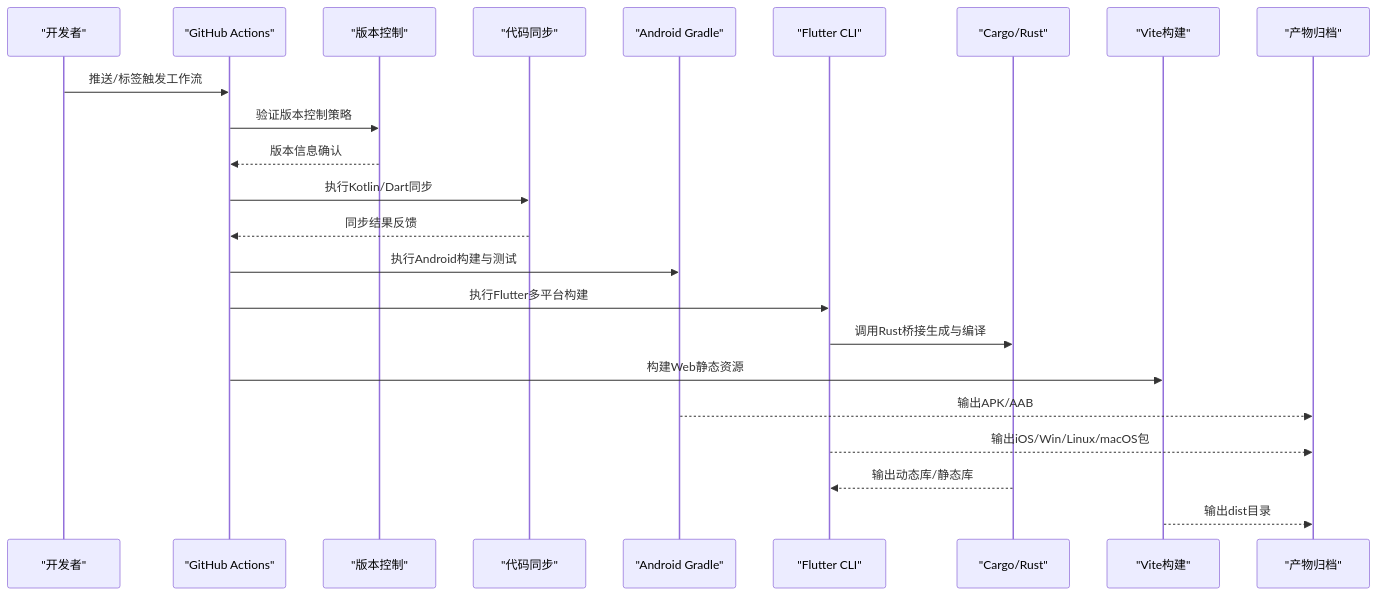
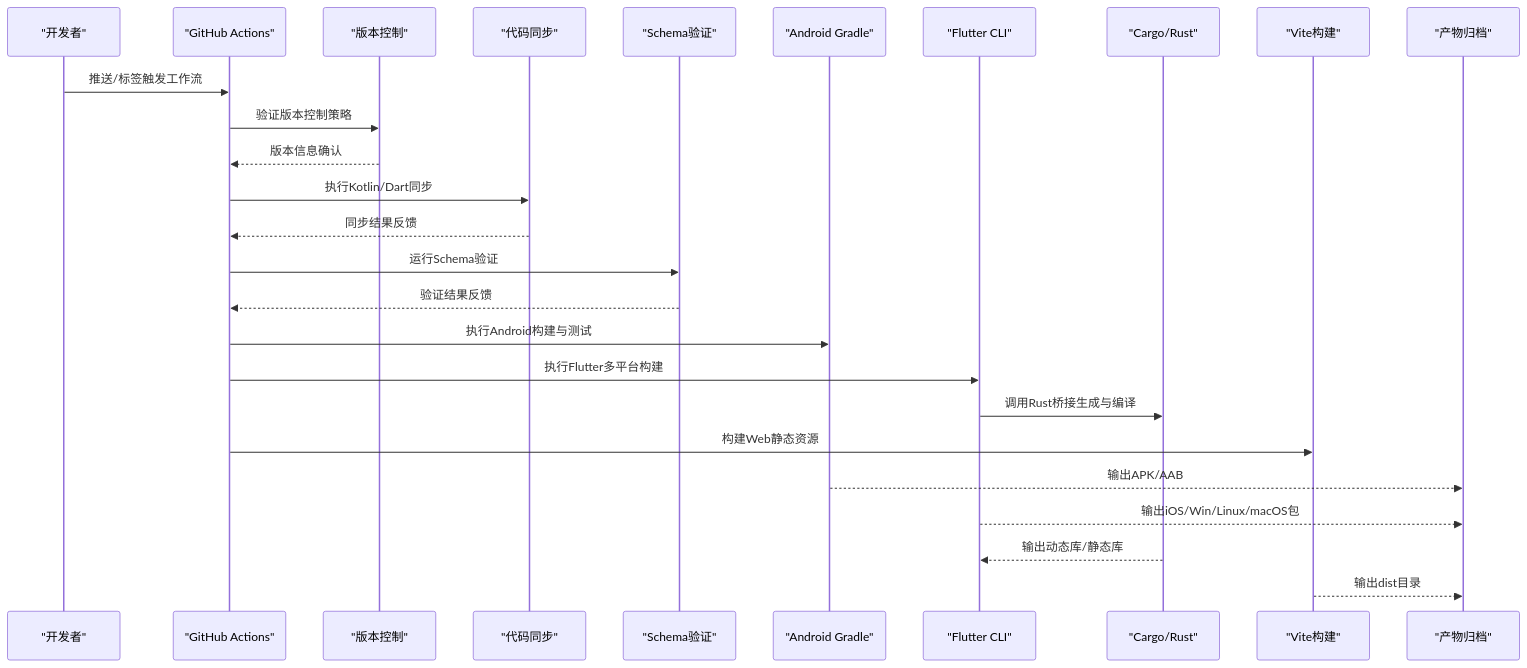
One commit to ZhangGHGitHub/LegadoTeamFlutter changed the second of 10 diagrams in .qoder/repowiki/zh/content/构建和部署/构建和部署.md. Above: the diagram before and after it, drawn with Mermaid. The commit also changed other lines of this file and 58 other files, not shown here.

````diff
--- a/.qoder/repowiki/zh/content/构建和部署/构建和部署.md
+++ b/.qoder/repowiki/zh/content/构建和部署/构建和部署.md
@@ -150,25 +167,28 @@
 ```mermaid
 sequenceDiagram
 participant Dev as "开发者"
 participant GH as "GitHub Actions"
 participant VC as "版本控制"
 participant SYNC as "代码同步"
+participant SCHEMA as "Schema验证"
 participant AG as "Android Gradle"
 participant FL as "Flutter CLI"
 participant RS as "Cargo/Rust"
 participant WB as "Vite构建"
 participant OUT as "产物归档"
 Dev->>GH : 推送/标签触发工作流
 GH->>VC : 验证版本控制策略
 VC-->>GH : 版本信息确认
 GH->>SYNC : 执行Kotlin/Dart同步
 SYNC-->>GH : 同步结果反馈
+GH->>SCHEMA : 运行Schema验证
+SCHEMA-->>GH : 验证结果反馈
 GH->>AG : 执行Android构建与测试
 GH->>FL : 执行Flutter多平台构建
 FL->>RS : 调用Rust桥接生成与编译
 GH->>WB : 构建Web静态资源
 AG-->>OUT : 输出APK/AAB
 FL-->>OUT : 输出iOS/Win/Linux/macOS包
 RS-->>FL : 输出动态库/静态库
 WB-->>OUT : 输出dist目录
 ```
````
